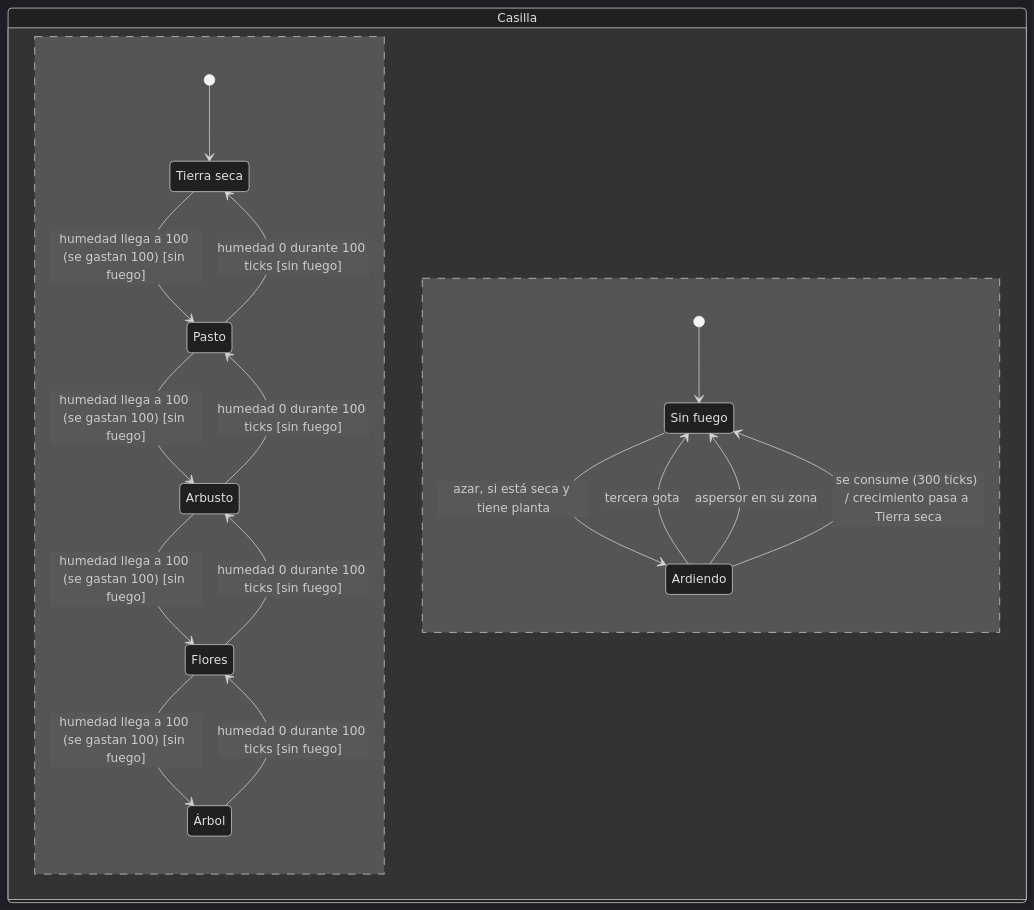
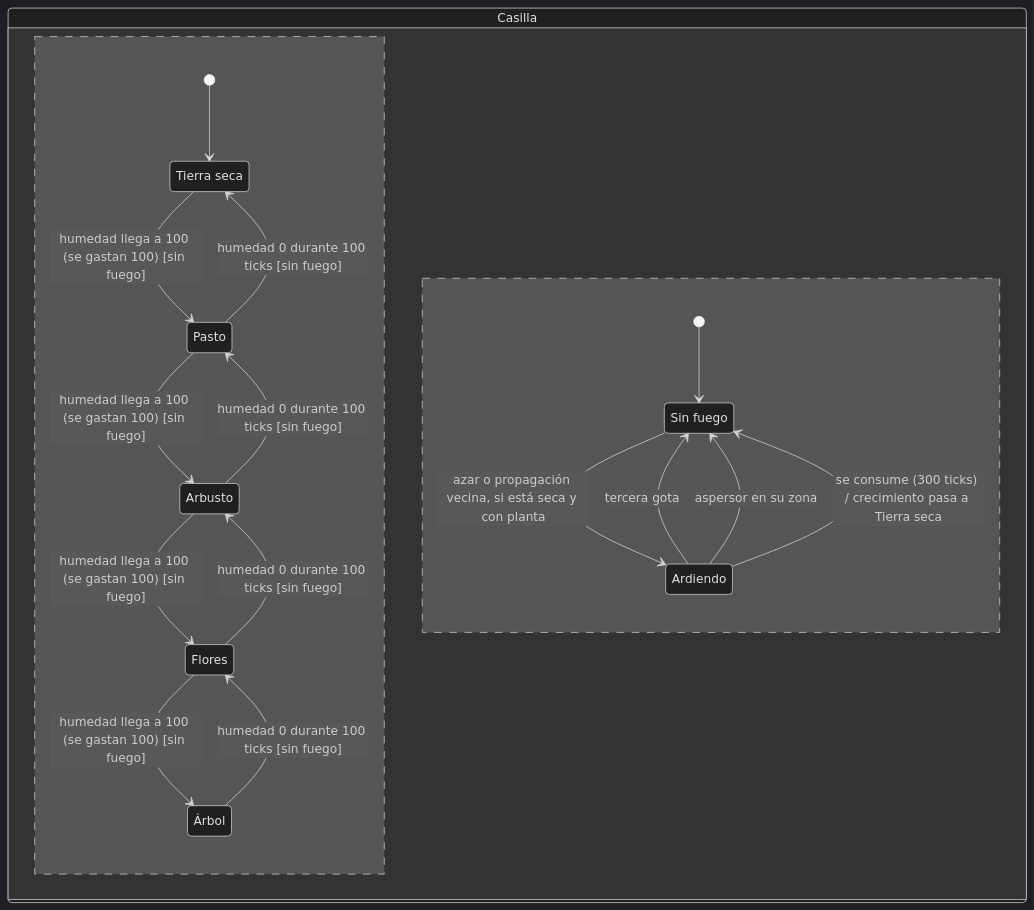
Before and after one commit to iadev2005/hydrovalley: the second of 7 diagrams in docs/documento-inicial.md, drawn with Mermaid (dark theme). The commit also changed other lines of this file and 20 other files, not shown here.

````diff
--- a/docs/documento-inicial.md
+++ b/docs/documento-inicial.md
@@ -217,23 +217,23 @@
 ```mermaid
 stateDiagram-v2
     state "Casilla" as Casilla {
         state "Tierra seca" as Seca
         state "Árbol" as Arbol
         [*] --> Seca
         Seca --> Pasto: humedad llega a 100 (se gastan 100) [sin fuego]
         Pasto --> Arbusto: humedad llega a 100 (se gastan 100) [sin fuego]
         Arbusto --> Flores: humedad llega a 100 (se gastan 100) [sin fuego]
         Flores --> Arbol: humedad llega a 100 (se gastan 100) [sin fuego]
         Arbol --> Flores: humedad 0 durante 100 ticks [sin fuego]
         Flores --> Arbusto: humedad 0 durante 100 ticks [sin fuego]
         Arbusto --> Pasto: humedad 0 durante 100 ticks [sin fuego]
         Pasto --> Seca: humedad 0 durante 100 ticks [sin fuego]
         --
         state "Sin fuego" as SinFuego
         [*] --> SinFuego
-        SinFuego --> Ardiendo: azar, si está seca y tiene planta
+        SinFuego --> Ardiendo: azar o propagación vecina, si está seca y con planta
         Ardiendo --> SinFuego: tercera gota
         Ardiendo --> SinFuego: aspersor en su zona
         Ardiendo --> SinFuego: se consume (300 ticks) / crecimiento pasa a Tierra seca
     }
 ```
````
